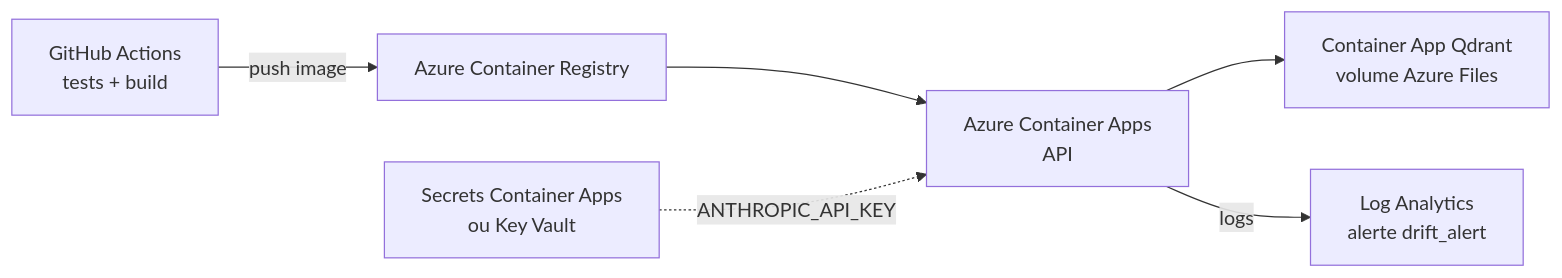
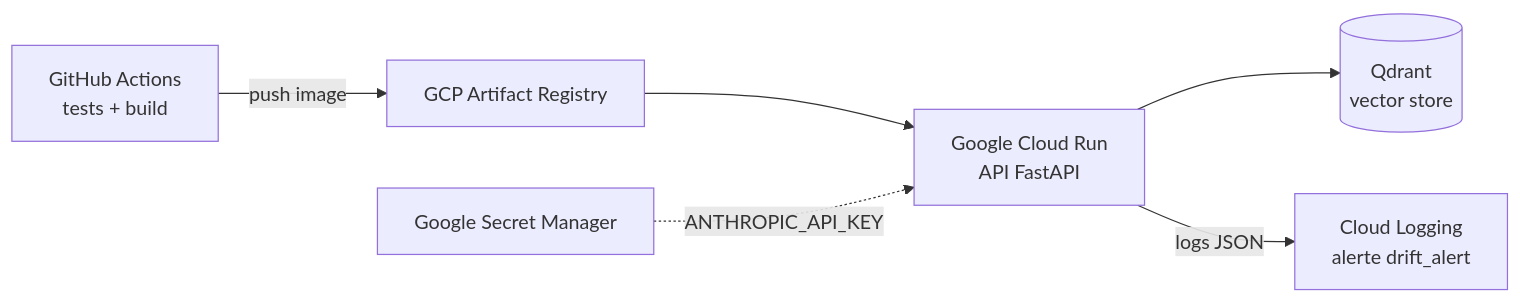
Before and after one commit to Azohbi4/detection-of-defects-on-sites-LLM-assistant: the second of 2 diagrams in docs/architecture.md, drawn with Mermaid. The commit also changed other lines of this file and 8 other files, not shown here.

Commit message:
feat(gcp): add Dockerfile at root, GCP documentation, and Cloud Run workflow

````diff
--- a/docs/architecture.md
+++ b/docs/architecture.md
@@ -32,8 +32,8 @@
 ```mermaid
 flowchart LR
-    GH[GitHub Actions<br/>tests + build] -->|push image| ACR[Azure Container Registry]
-    ACR --> ACA[Azure Container Apps<br/>API]
-    ACA --> QDA[Container App Qdrant<br/>volume Azure Files]
-    KV[Secrets Container Apps<br/>ou Key Vault] -.->|ANTHROPIC_API_KEY| ACA
-    ACA -->|logs| LA[Log Analytics<br/>alerte drift_alert]
+    GH[GitHub Actions<br/>tests + build] -->|push image| AR[GCP Artifact Registry]
+    AR --> CR[Google Cloud Run<br/>API FastAPI]
+    SM[Google Secret Manager] -.->|ANTHROPIC_API_KEY| CR
+    CR --> QD[(Qdrant<br/>vector store)]
+    CR -->|logs JSON| CL[Cloud Logging<br/>alerte drift_alert]
 ```
````
